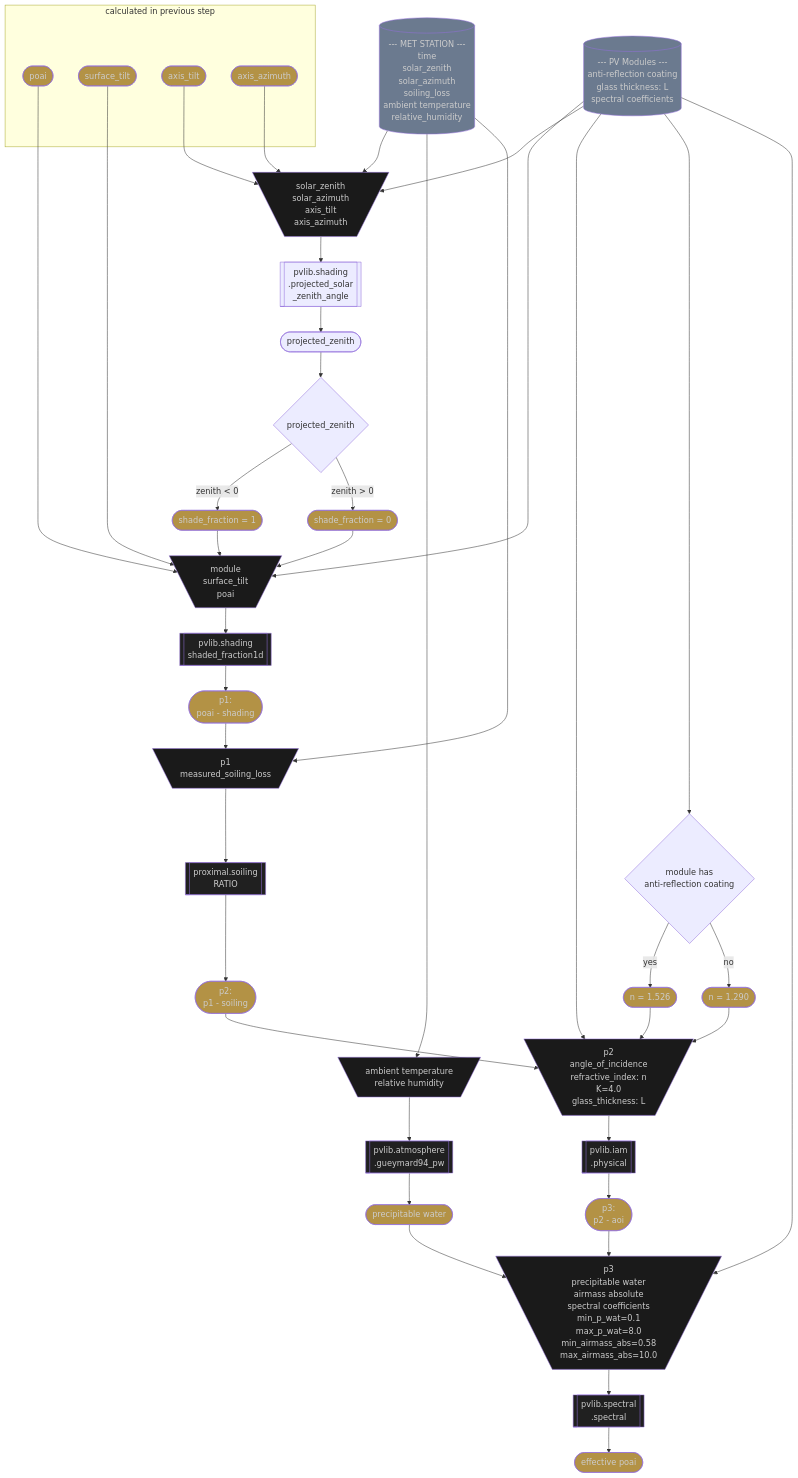
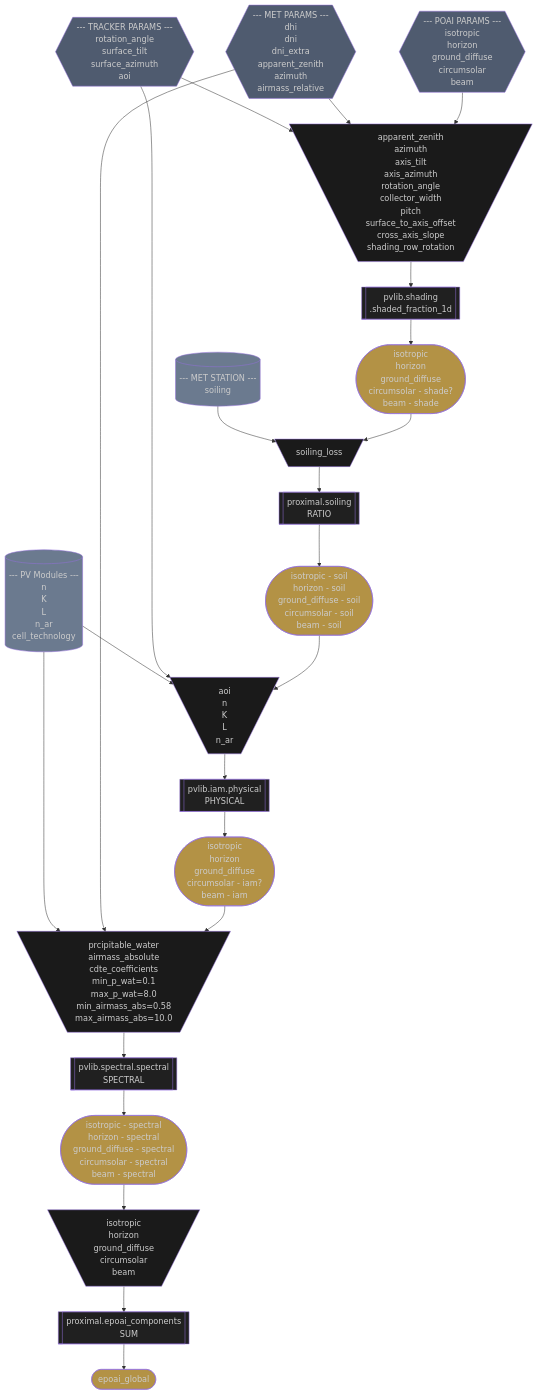
One commit to ProximalEnergy/docs-mdbook changed the second of 2 diagrams in src/pv_performance/effective_plane_of_array_irradiance.md. Above: the diagram before and after it, drawn with Mermaid. The commit also changed other lines of this file and 12 other files, not shown here.

````diff
--- a/src/pv_performance/effective_plane_of_array_irradiance.md
+++ b/src/pv_performance/effective_plane_of_array_irradiance.md
@@ -51,220 +53,187 @@
 
   %% --- CLASSES ---
   classDef source fill:#6B7A8F, color:#CCCCCC
+  classDef previous fill:#4F5B6F,color:#CCCCCC
   classDef model fill:#202020, color:#CCCCCC
   classDef model_dashed fill:#202020, color:#CCCCCC, stroke-dasharray: 5 5
   classDef inputs fill:#1A1A1A, color:#CCCCCC
   classDef outputs fill:#B39245, color:#CCCCCC
 
+  %% --- SOURCES ---
   met_station[(
     --- MET STATION ---
-    time
-    solar_zenith
-    solar_azimuth
-    soiling_loss
-    ambient temperature
-    relative_humidity
+    soiling
   )]:::source
-  met_station --> calc_projected_zenith_inputs
-  met_station --> calc_p_wat_inputs
-
-  met_station --> calc_soiling_inputs
+  met_station --> soiling_inputs
 
   pv_system[(
     --- PV Modules ---
-    anti-reflection coating
-    glass thickness: L
-    spectral coefficients
+    n
+    K
+    L
+    n_ar
+    cell_technology
   )]:::source
-  pv_system --> calc_projected_zenith_inputs
-  pv_system --> calc_shading_inputs
-  pv_system --> calc_aoi_inputs
-  pv_system --> calc_refractive_index
-  pv_system --> calc_spectral_inputs
+  pv_system --> direct_iam_inputs
+  pv_system --> spectral_inputs
 
-  subgraph calculated in previous step
-    %% --- POAI ---
-    poai([
-      poai
-    ]):::outputs
+  tracker_params{{
+    --- TRACKER PARAMS ---
+    rotation_angle
+    surface_tilt
+    surface_azimuth
+    aoi
+  }}:::previous
+  click tracker_params "tracker_rotation_angles.html"
+  tracker_params --> direct_shade_inputs
+  tracker_params --> direct_iam_inputs
 
-    %% --- SURFACE ANGLES ---
-    surface_angles([
-      surface_tilt
-    ]):::outputs
+  met_params{{
+    --- MET PARAMS ---
+    dhi
+    dni
+    dni_extra
+    apparent_zenith
+    azimuth
+    airmass_relative
+  }}:::previous
+  click met_params "meteorological_parameters.html"
+  met_params --> direct_shade_inputs
+  met_params --> spectral_inputs
 
-    %% --- Axis Tilts
-    axis_tilt([
-      axis_tilt
-    ]):::outputs
+  poai_params{{
+    --- POAI PARAMS ---
+    isotropic
+    horizon
+    ground_diffuse
+    circumsolar
+    beam
+  }}:::previous
+  click poai_params "plane_of_array_irradiance.html"
+  poai_params --> direct_shade_inputs
 
-    %% --- Axis Azimuths
-    axis_azimuth([
-      axis_azimuth
-    ]):::outputs
-  end
-
-  poai --> calc_shading_inputs
-  surface_angles --> calc_shading_inputs
-  axis_azimuth --> calc_projected_zenith_inputs
-  axis_tilt --> calc_projected_zenith_inputs
-
-
-  %% --- SHADING ---
-  calc_projected_zenith_inputs[\
-    solar_zenith
-    solar_azimuth
+  %% --- Direct Shade ---
+  direct_shade_inputs[\
+    apparent_zenith
+    azimuth
     axis_tilt
     axis_azimuth
+    rotation_angle
+    collector_width
+    pitch
+    surface_to_axis_offset
+    cross_axis_slope
+    shading_row_rotation
     /]:::inputs
-  calc_projected_zenith_inputs --> calc_projected_zenith
+  direct_shade_inputs --> direct_shade
 
-  calc_projected_zenith[[
+  direct_shade[[
     pvlib.shading
-    .projected_solar
-    _zenith_angle
-  ]]
-  calc_projected_zenith --> calc_projected_zenith_outputs
+    .shaded_fraction_1d
+    ]]:::model
+  click direct_shade "https://pvlib-python.readthedocs.io/en/latest/reference/generated/pvlib.shading.shaded_fraction1d.html"
+  direct_shade --> direct_shade_outputs
 
-  calc_projected_zenith_outputs([
-    projected_zenith
-  ])
-  calc_projected_zenith_outputs -->
-  determine_direction
+  direct_shade_outputs([
+      isotropic
+      horizon
+      ground_diffuse
+      circumsolar - shade?
+      beam - shade
+    ]):::outputs
+  direct_shade_outputs --> soiling_inputs
 
-  determine_direction{
-    projected_zenith
-  }
-  determine_direction -->|zenith < 0| shade_fraction_1
-  determine_direction -->|zenith > 0| shade_fraction_2
+  %% --- Soiling ---
+  soiling_inputs[\
+    soiling_loss
+    /]:::inputs
+  soiling_inputs --> soiling
 
-  shade_fraction_1([
-    shade_fraction = 1
-  ]):::outputs
-  shade_fraction_1 --> calc_shading_inputs
-
-  shade_fraction_2([
-    shade_fraction = 0
-  ]):::outputs
-  shade_fraction_2 --> calc_shading_inputs
-
-  calc_shading_inputs[\
-    module
-    surface_tilt
-    poai
-    /]:::inputs
-  calc_shading_inputs --> calc_shading
-
-  calc_shading[[
-    pvlib.shading
-    shaded_fraction1d
-    ]]:::model
-  calc_shading --> calc_shading_outputs
-
-  calc_shading_outputs([
-    p1:
-    poai - shading
-  ]):::outputs
-  calc_shading_outputs --> calc_soiling_inputs
-
-  %% --- SOILING ---
-  calc_soiling_inputs[\
-    p1
-    measured_soiling_loss
-    /]:::inputs
-    calc_soiling_inputs --> calc_soiling
-
-  calc_soiling[[
+  soiling[[
     proximal.soiling
     RATIO
-    ]]:::model
-  calc_soiling --> calc_soiling_outputs
+  ]]:::model
+  soiling --> soiling_outputs
 
-  calc_soiling_outputs([
-    p2:
-    p1 - soiling
-  ]):::outputs
-  calc_soiling_outputs --> calc_aoi_inputs
+  soiling_outputs([
+    isotropic - soil
+    horizon - soil
+    ground_diffuse - soil
+    circumsolar - soil
+    beam - soil
+    ]):::outputs
+  soiling_outputs --> direct_iam_inputs
 
-  %% --- REFRACTIVE INDEX ---
-  calc_refractive_index{
-    module has
-    anti-reflection coating
-  }
-  calc_refractive_index -->|yes| refractive_index_standard
-  calc_refractive_index -->|no| refractive_index_ar
+  %% --- Direct IAM ---
+  direct_iam_inputs[\
+  aoi
+  n
+  K
+  L
+  n_ar
+  /]:::inputs
+  direct_iam_inputs --> direct_iam
 
-  refractive_index_standard([
-    n = 1.526
-  ]):::outputs
-  refractive_index_standard --> calc_aoi_inputs
+  direct_iam[[
+    pvlib.iam.physical
+    PHYSICAL
+  ]]:::model
+  click direct_iam "https://pvlib-python.readthedocs.io/en/latest/reference/generated/pvlib.iam.physical.html"
+  direct_iam --> direct_iam_outputs
 
-  refractive_index_ar([
-    n = 1.290
-  ]):::outputs
-  refractive_index_ar --> calc_aoi_inputs
+  direct_iam_outputs([
+      isotropic
+      horizon
+      ground_diffuse
+      circumsolar - iam?
+      beam - iam
+    ]):::outputs
+  direct_iam_outputs --> spectral_inputs
 
+  %% --- Spectral ---
+  spectral_inputs[\
+      prcipitable_water
+      airmass_absolute
+      cdte_coefficients
+      min_p_wat=0.1
+      max_p_wat=8.0
+      min_airmass_abs=0.58
+      max_airmass_abs=10.0
+    /]:::inputs
+  spectral_inputs --> spectral
 
-  %% --- AOI ---
-  calc_aoi_inputs[\
-    p2
-    angle_of_incidence
-    refractive_index: n
-    K=4.0
-    glass_thickness: L
-    /]:::inputs
-  calc_aoi_inputs --> calc_aoi
+  spectral[[
+    pvlib.spectral.spectral
+    SPECTRAL
+  ]]:::model
+  spectral --> spectral_outputs
 
-  calc_aoi[[
-    pvlib.iam
-    .physical
-    ]]:::model
-  calc_aoi --> calc_aoi_outputs
+  spectral_outputs([
+    isotropic - spectral
+    horizon - spectral
+    ground_diffuse - spectral
+    circumsolar - spectral
+    beam - spectral
+    ]):::outputs
+  spectral_outputs --> epoai_inputs
 
-  calc_aoi_outputs([
-    p3:
-    p2 - aoi
-  ]):::outputs
-  calc_aoi_outputs --> calc_spectral_inputs
+  %% --- EPOIA ---
+  epoai_inputs[\
+      isotropic
+      horizon
+      ground_diffuse
+      circumsolar
+      beam
+      /]:::inputs
+  epoai_inputs --> epoai
 
-  %% --- SPECTRAL ---
-  calc_p_wat_inputs[\
-    ambient temperature
-    relative humidity
-    /]:::inputs
-  calc_p_wat_inputs --> calc_p_wat
+  epoai[[
+    proximal.epoai_components
+    SUM
+  ]]:::model
+  epoai --> epoai_outputs
 
-  calc_p_wat[[
-      pvlib.atmosphere
-      .gueymard94_pw
-  ]]:::model
-  calc_p_wat --> calc_p_wat_outputs
-
-  calc_p_wat_outputs([
-    precipitable water
-   ]):::outputs
-  calc_p_wat_outputs --> calc_spectral_inputs
-
-  calc_spectral_inputs[\
-    p3
-    precipitable water
-    airmass absolute
-    spectral coefficients
-    min_p_wat=0.1
-    max_p_wat=8.0
-    min_airmass_abs=0.58
-    max_airmass_abs=10.0
-    /]:::inputs
-  calc_spectral_inputs --> calc_spectral
-
-  calc_spectral[[
-    pvlib.spectral
-    .spectral
-    ]]:::model
-  calc_spectral --> calc_spectral_outputs
-
-  calc_spectral_outputs([
-    effective poai
-  ]):::outputs
-
+  epoai_outputs([
+    epoai_global
+    ]):::outputs
   ```
````
